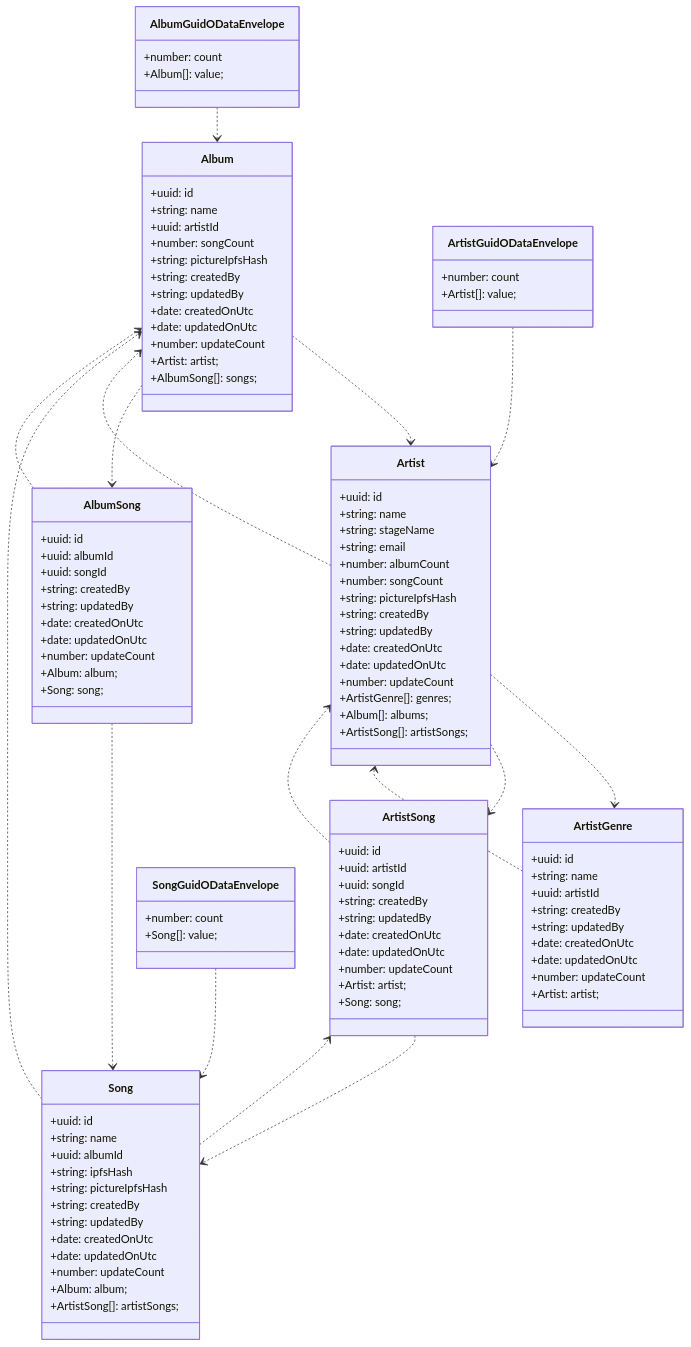
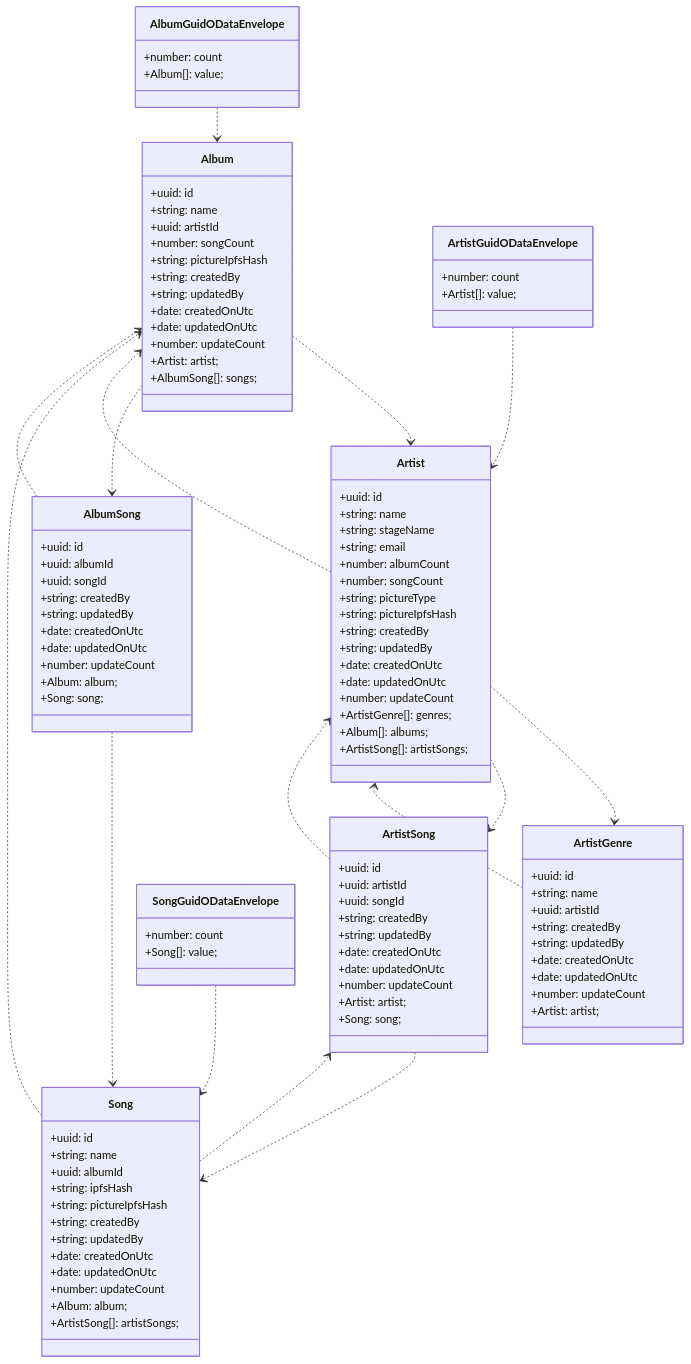
One commit to ikemtz/ITEC5905 changed the diagram in docs/artists-odata/class-diagram.md. Above: the diagram before and after it, drawn with Mermaid. The commit also changed 81 other files, not shown here.

```diff
--- a/docs/artists-odata/class-diagram.md
+++ b/docs/artists-odata/class-diagram.md
@@ -54,6 +54,7 @@
     +string: email
     +number: albumCount
     +number: songCount
+    +string: pictureType
     +string: pictureIpfsHash
     +string: createdBy
     +string: updatedBy
```
